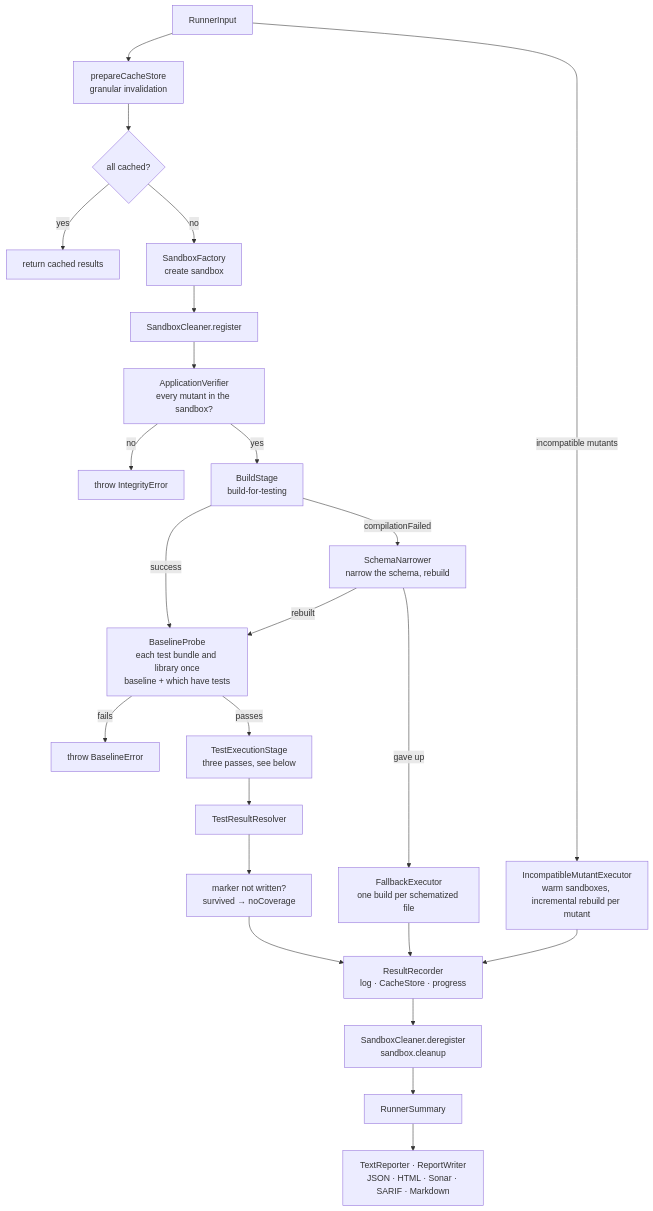
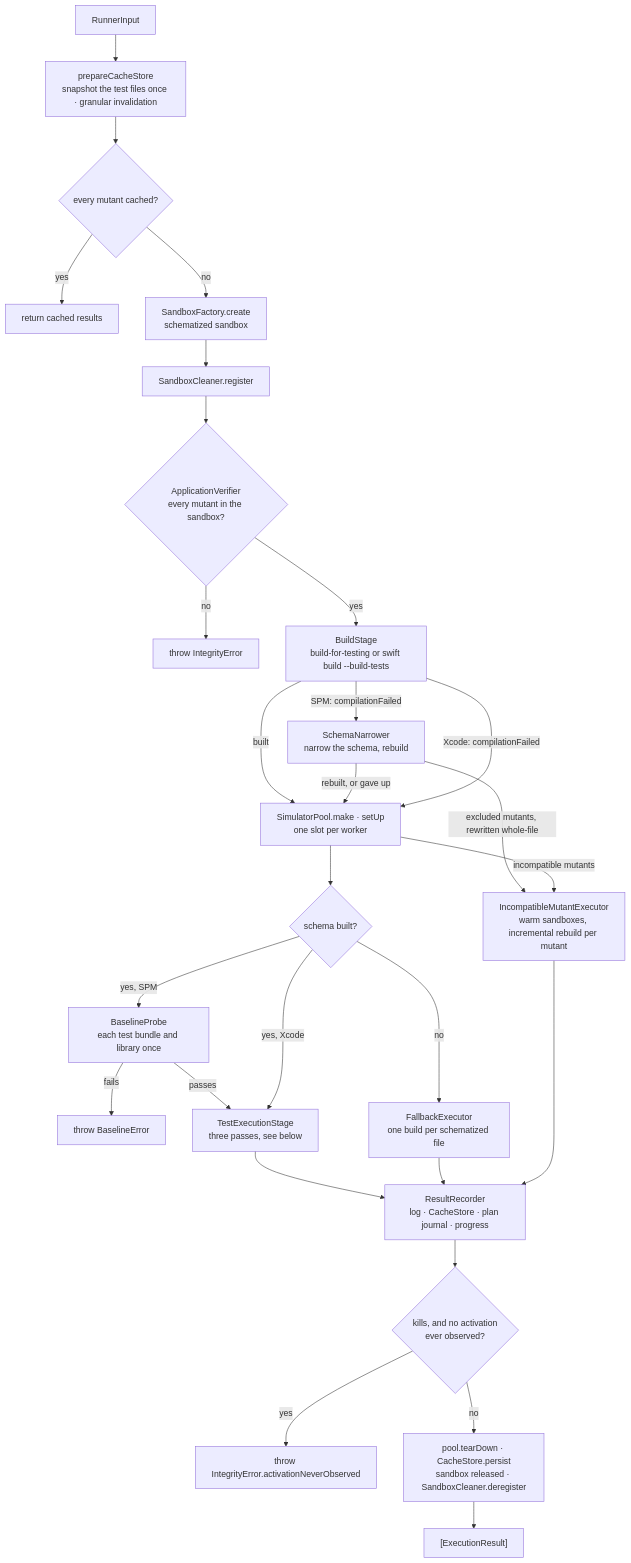
One commit to ericodx/swift-mutation-testing changed the first of 6 diagrams in Docs/Architecture/03-execution.md. Above: the diagram before and after it, drawn with Mermaid. The commit also changed other lines of this file and 6 other files, not shown here.

Commit message:
docs: rewrite the architecture pages around the current commands, layers, warm Xcode path and configuration keys

````diff
--- a/Docs/Architecture/03-execution.md
+++ b/Docs/Architecture/03-execution.md
@@ -11,26 +11,30 @@
 ```mermaid
 flowchart TD
-    IN[RunnerInput] --> PREP[prepareCacheStore\ngranular invalidation]
-    PREP --> ALLCACHED{all cached?}
+    IN[RunnerInput] --> PREP["prepareCacheStore\nsnapshot the test files once · granular invalidation"]
+    PREP --> ALLCACHED{every mutant cached?}
     ALLCACHED -- yes --> RETURN[return cached results]
-    ALLCACHED -- no --> SF[SandboxFactory\ncreate sandbox]
+    ALLCACHED -- no --> SF["SandboxFactory.create\nschematized sandbox"]
     SF --> REG[SandboxCleaner.register]
-    REG --> VERIFY[ApplicationVerifier\nevery mutant in the sandbox?]
+    REG --> VERIFY{"ApplicationVerifier\nevery mutant in the sandbox?"}
     VERIFY -- no --> INTEGRITY[throw IntegrityError]
-    VERIFY -- yes --> BS[BuildStage\nbuild-for-testing]
-    BS -- compilationFailed --> RETRY[SchemaNarrower\nnarrow the schema, rebuild]
-    RETRY -- gave up --> FBP[FallbackExecutor\none build per schematized file]
-    BS -- success --> PROBE[BaselineProbe\neach test bundle and library once\nbaseline + which have tests]
-    RETRY -- rebuilt --> PROBE
+    VERIFY -- yes --> BS["BuildStage\nbuild-for-testing or swift build --build-tests"]
+    BS -- "SPM: compilationFailed" --> NARROW["SchemaNarrower\nnarrow the schema, rebuild"]
+    BS -- built --> POOL
+    NARROW -- "rebuilt, or gave up" --> POOL
+    BS -- "Xcode: compilationFailed" --> POOL
+    POOL["SimulatorPool.make · setUp\none slot per worker"] --> ART{schema built?}
+    ART -- "yes, SPM" --> PROBE["BaselineProbe\neach test bundle and library once"]
     PROBE -- fails --> ABORT[throw BaselineError]
-    PROBE -- passes --> TES[TestExecutionStage\nthree passes, see below]
-    TES --> TR[TestResultResolver]
-    TR --> CLASSIFY[marker not written?\nsurvived → noCoverage]
-    CLASSIFY --> CACHE[ResultRecorder\nlog · CacheStore · progress]
-    FBP --> CACHE
-    IN -- incompatible mutants --> IME[IncompatibleMutantExecutor\nwarm sandboxes, incremental rebuild per mutant]
-    IME --> CACHE
-    CACHE --> DEREG[SandboxCleaner.deregister\nsandbox.cleanup]
-    DEREG --> SUM[RunnerSummary]
-    SUM --> REPORTERS[TextReporter · ReportWriter\nJSON · HTML · Sonar · SARIF · Markdown]
+    PROBE -- passes --> TES["TestExecutionStage\nthree passes, see below"]
+    ART -- "yes, Xcode" --> TES
+    ART -- no --> FBP["FallbackExecutor\none build per schematized file"]
+    NARROW -- "excluded mutants, rewritten whole-file" --> IME
+    POOL -- incompatible mutants --> IME["IncompatibleMutantExecutor\nwarm sandboxes, incremental rebuild per mutant"]
+    TES --> REC["ResultRecorder\nlog · CacheStore · plan journal · progress"]
+    FBP --> REC
+    IME --> REC
+    REC --> OBS{"kills, and no activation\never observed?"}
+    OBS -- yes --> NEVER["throw IntegrityError.activationNeverObserved"]
+    OBS -- no --> DOWN["pool.tearDown · CacheStore.persist\nsandbox released · SandboxCleaner.deregister"]
+    DOWN --> OUT["[ExecutionResult]"]
 ```
````
